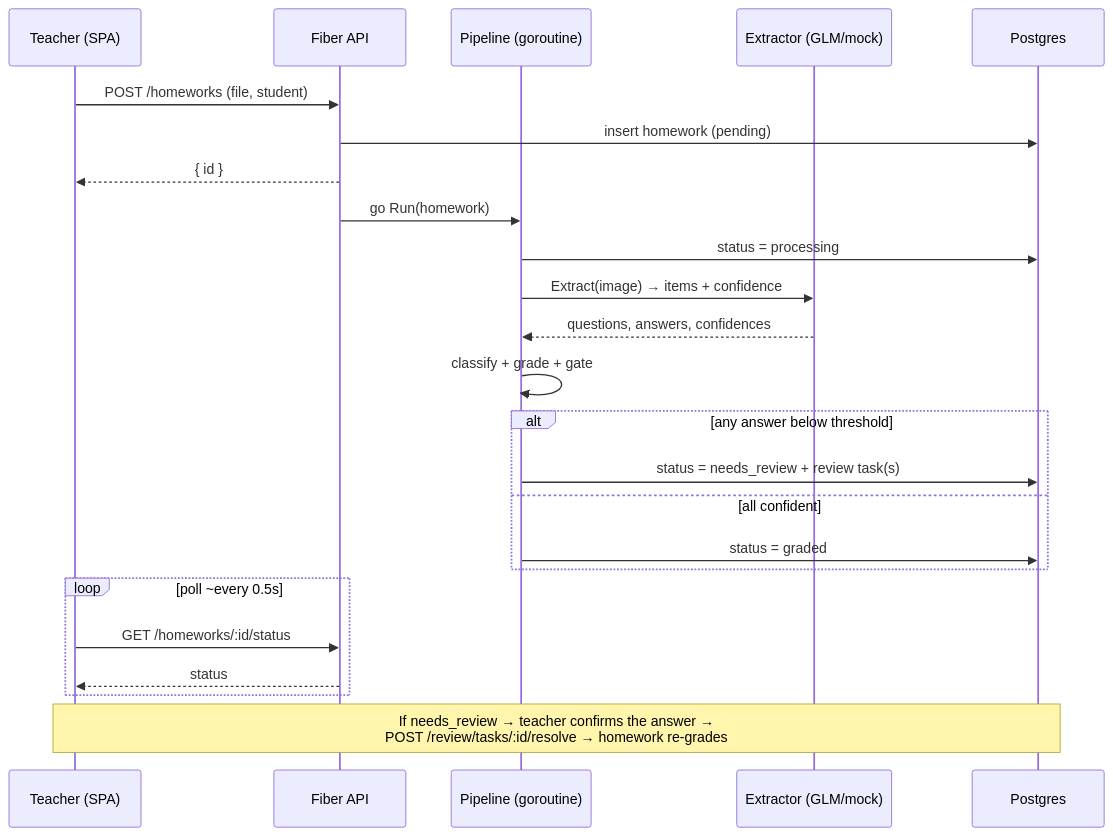
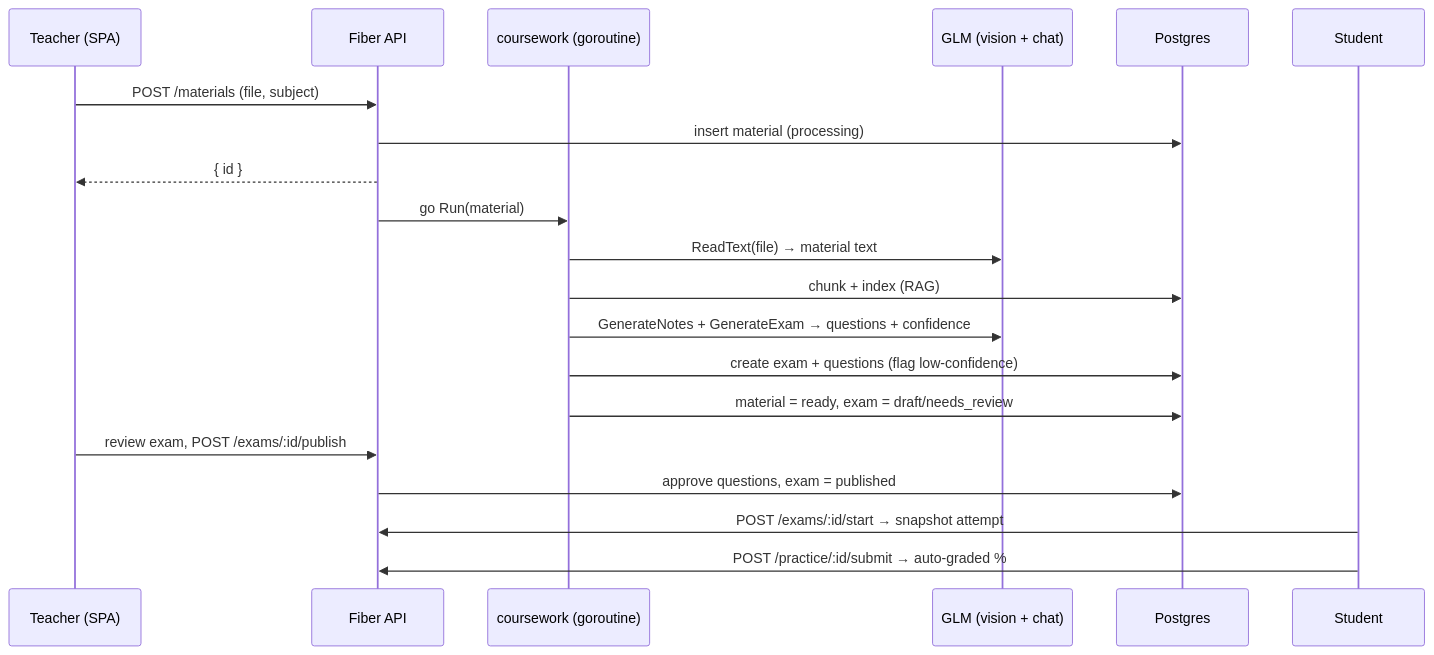
One commit to akbarharyadi/homework-studio changed the fourth of 8 diagrams in docs/TECHNICAL.md. Above: the diagram before and after it, drawn with Mermaid. The commit also changed other lines of this file and 22 other files, not shown here.

First line of the commit message:
Rewrite the manual + technical doc for the material → exam model

````diff
--- a/docs/TECHNICAL.md
+++ b/docs/TECHNICAL.md
@@ -191,27 +190,23 @@
 ```mermaid
 sequenceDiagram
     participant T as Teacher (SPA)
     participant A as Fiber API
-    participant P as Pipeline (goroutine)
-    participant X as Extractor (GLM/mock)
+    participant P as coursework (goroutine)
+    participant AI as GLM (vision + chat)
     participant DB as Postgres
+    participant S as Student
 
-    T->>A: POST /homeworks (file, student)
-    A->>DB: insert homework (pending)
+    T->>A: POST /materials (file, subject)
+    A->>DB: insert material (processing)
     A-->>T: { id }
-    A->>P: go Run(homework)
-    P->>DB: status = processing
-    P->>X: Extract(image) → items + confidence
-    X-->>P: questions, answers, confidences
-    P->>P: classify + grade + gate
-    alt any answer below threshold
-        P->>DB: status = needs_review + review task(s)
-    else all confident
-        P->>DB: status = graded
-    end
-    loop poll ~every 0.5s
-        T->>A: GET /homeworks/:id/status
-        A-->>T: status
-    end
-    Note over T,DB: If needs_review → teacher confirms the answer →<br/>POST /review/tasks/:id/resolve → homework re-grades
+    A->>P: go Run(material)
+    P->>AI: ReadText(file) → material text
+    P->>DB: chunk + index (RAG)
+    P->>AI: GenerateNotes + GenerateExam → questions + confidence
+    P->>DB: create exam + questions (flag low-confidence)
+    P->>DB: material = ready, exam = draft/needs_review
+    T->>A: review exam, POST /exams/:id/publish
+    A->>DB: approve questions, exam = published
+    S->>A: POST /exams/:id/start → snapshot attempt
+    S->>A: POST /practice/:id/submit → auto-graded %
 ```
````
